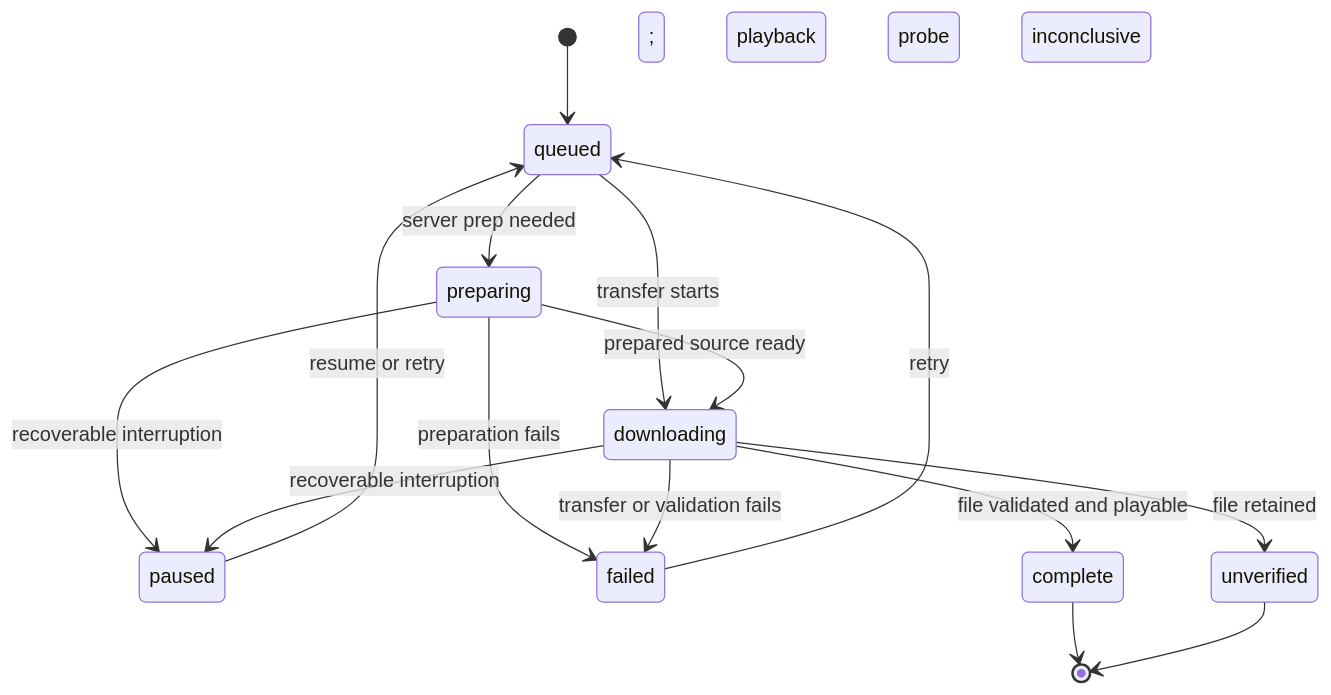
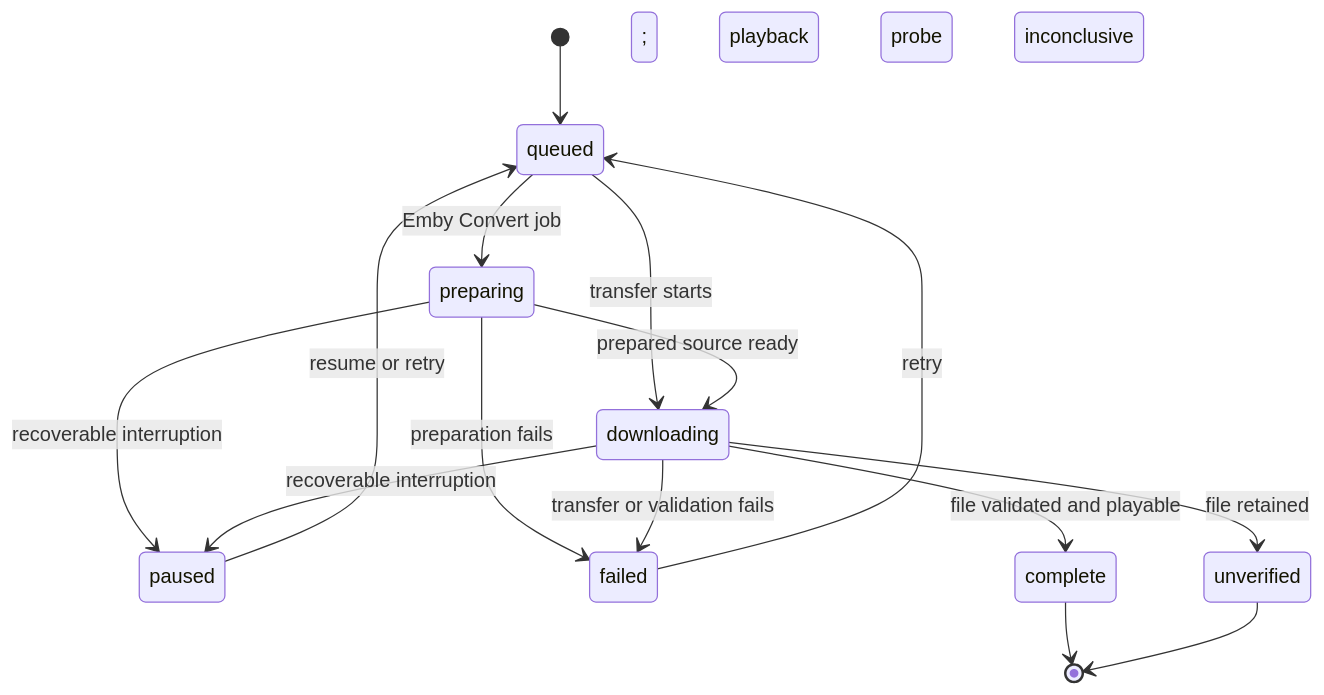
Before and after one commit to jlipworth/Labstream: the second of 3 diagrams in docs/DOWNLOADS-OFFLINE.md, drawn with Mermaid. The commit also changed other lines of this file and 21 other files, not shown here.

First line of the commit message:
Align published docs with current playback and download behavior

````diff
--- a/docs/DOWNLOADS-OFFLINE.md
+++ b/docs/DOWNLOADS-OFFLINE.md
@@ -45,26 +45,26 @@
 ```mermaid
 stateDiagram-v2
   accTitle: Persisted download row states
-  accDescr: A persisted row begins queued, may prepare a server-side file, and downloads bytes. Interruption can pause it, errors can fail it, and validation ends as complete or unverified when the file is retained but the local playback probe is inconclusive.
+  accDescr: A persisted row begins queued. Emby Convert is the only route that serializes preparing. Plex optimize stays queued until the static handoff. Bytes download next. Interruption can pause a row, errors can fail it, and validation ends as complete or unverified when the file is retained but the local playback probe is inconclusive.
   state "queued" as Queued
   state "preparing" as Preparing
   state "downloading" as Downloading
   state "paused" as Paused
   state "failed" as Failed
   state "complete" as Complete
   state "unverified" as Unverified
   [*] --> Queued
-  Queued --> Preparing: server prep needed
+  Queued --> Preparing: Emby Convert job
   Queued --> Downloading: transfer starts
   Preparing --> Downloading: prepared source ready
   Preparing --> Paused: recoverable interruption
   Preparing --> Failed: preparation fails
   Downloading --> Paused: recoverable interruption
   Downloading --> Failed: transfer or validation fails
   Downloading --> Complete: file validated and playable
   Downloading --> Unverified: file retained; playback probe inconclusive
   Paused --> Queued: resume or retry
   Failed --> Queued: retry
   Complete --> [*]
   Unverified --> [*]
 ```
````
